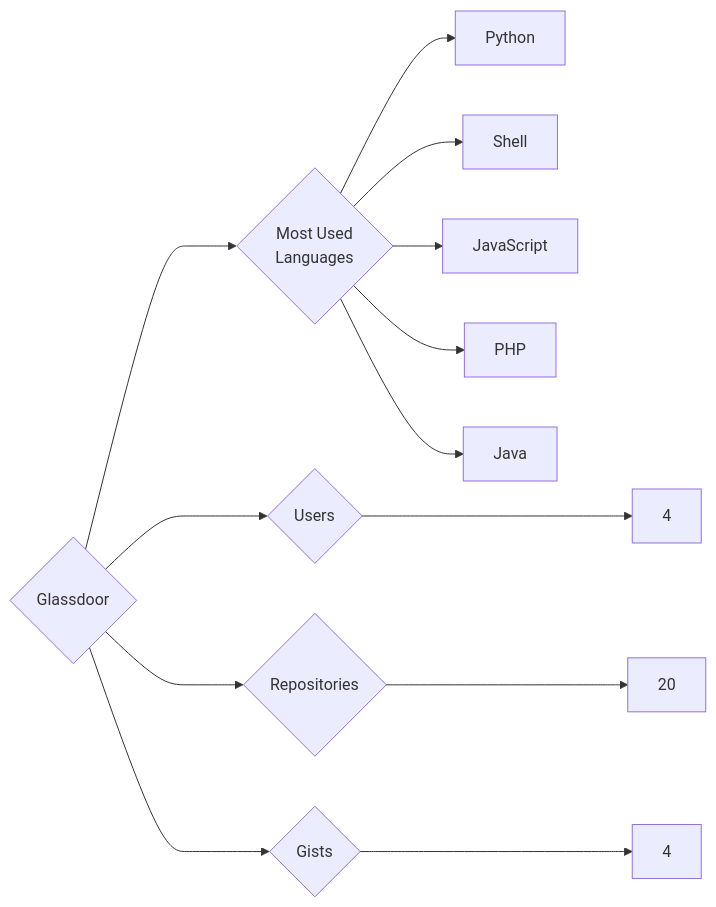
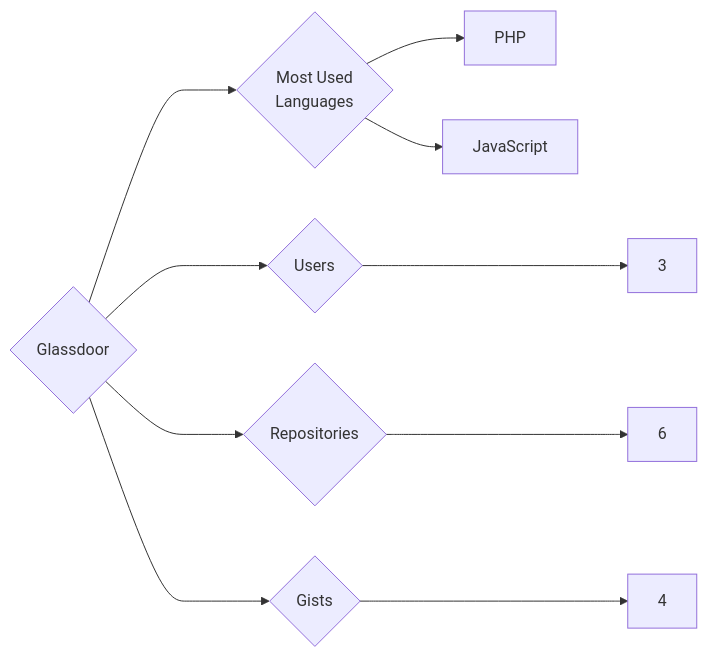
The diagram in targets/Glassdoor/README.md (trickest/insiders), drawn with Mermaid before and after one commit. The commit also changed 985 other files, not shown here.

````diff
--- a/targets/Glassdoor/README.md
+++ b/targets/Glassdoor/README.md
@@ -3,13 +3,10 @@
 ```mermaid
 graph LR
 COMPANY_NAME{Glassdoor}
-COMPANY_NAME ---> U{Users} ---> UN[4]
-COMPANY_NAME ---> R{Repositories} ---> RN[20]
+COMPANY_NAME ---> U{Users} ---> UN[3]
+COMPANY_NAME ---> R{Repositories} ---> RN[6]
 COMPANY_NAME ---> G{Gists} ---> GN[4]
 COMPANY_NAME ---> ML{Most Used<br>Languages}
-ML --> Python[Python]
-ML --> Shell[Shell]
+ML --> PHP[PHP]
 ML --> JavaScript[JavaScript]
-ML --> PHP[PHP]
-ML --> Java[Java]
 ```
````
